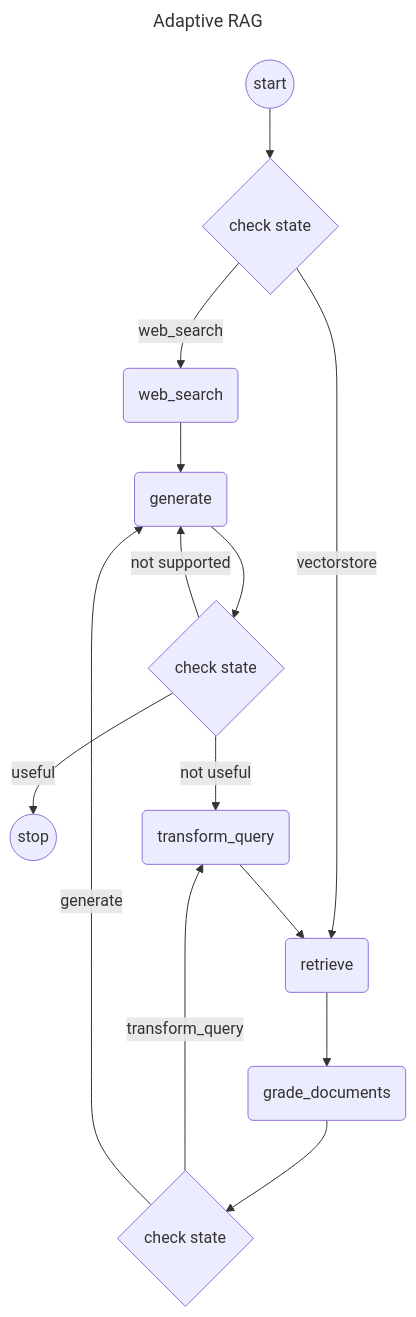
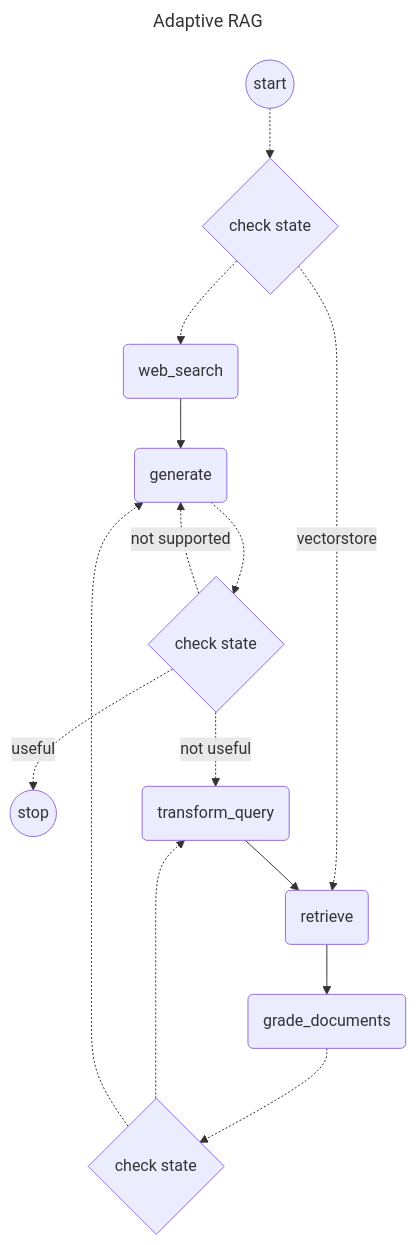
One commit to feuyeux/hello-langgraph changed the diagram in hello-langgraph-java/mermaid.md. Above: the diagram before and after it, drawn with Mermaid. The commit also changed 12 other files, not shown here.

````diff
--- a/hello-langgraph-java/mermaid.md
+++ b/hello-langgraph-java/mermaid.md
@@ -1,40 +1,40 @@
 ```mermaid
 ---
 title: Adaptive RAG
 ---
 flowchart TD
 	__START__((start))
 	__END__((stop))
 	web_search("web_search")
 	retrieve("retrieve")
 	generate("generate")
 	grade_documents("grade_documents")
 	transform_query("transform_query")
 	condition1{"check state"}
 	condition2{"check state"}
 	startcondition{"check state"}
-	__START__:::__START__ --> startcondition:::startcondition
-	startcondition:::startcondition -->|web_search| web_search:::web_search
-	%%	__START__:::__START__ -->|web_search| web_search:::web_search
-	startcondition:::startcondition -->|vectorstore| retrieve:::retrieve
-	%%	__START__:::__START__ -->|vectorstore| retrieve:::retrieve
+	__START__:::__START__ -.-> startcondition:::startcondition
+	startcondition:::startcondition -.-> web_search:::web_search
+	%%	__START__:::__START__ -.-> web_search:::web_search
+	startcondition:::startcondition -.->|vectorstore| retrieve:::retrieve
+	%%	__START__:::__START__ -.->|vectorstore| retrieve:::retrieve
 	web_search:::web_search --> generate:::generate
 	retrieve:::retrieve --> grade_documents:::grade_documents
-	generate:::generate --> condition1:::condition1
-	condition1:::condition1 -->|not supported| generate:::generate
-	%%	generate:::generate -->|not supported| generate:::generate
-	condition1:::condition1 -->|not useful| transform_query:::transform_query
-	%%	generate:::generate -->|not useful| transform_query:::transform_query
-	condition1:::condition1 -->|useful| __END__:::__END__
-	%%	generate:::generate -->|useful| __END__:::__END__
-	grade_documents:::grade_documents --> condition2:::condition2
-	condition2:::condition2 -->|transform_query| transform_query:::transform_query
-	%%	grade_documents:::grade_documents -->|transform_query| transform_query:::transform_query
-	condition2:::condition2 -->|generate| generate:::generate
-	%%	grade_documents:::grade_documents -->|generate| generate:::generate
+	generate:::generate -.-> condition1:::condition1
+	condition1:::condition1 -.->|not supported| generate:::generate
+	%%	generate:::generate -.->|not supported| generate:::generate
+	condition1:::condition1 -.->|not useful| transform_query:::transform_query
+	%%	generate:::generate -.->|not useful| transform_query:::transform_query
+	condition1:::condition1 -.->|useful| __END__:::__END__
+	%%	generate:::generate -.->|useful| __END__:::__END__
+	grade_documents:::grade_documents -.-> condition2:::condition2
+	condition2:::condition2 -.-> transform_query:::transform_query
+	%%	grade_documents:::grade_documents -.-> transform_query:::transform_query
+	condition2:::condition2 -.-> generate:::generate
+	%%	grade_documents:::grade_documents -.-> generate:::generate
 	transform_query:::transform_query --> retrieve:::retrieve
 
 	classDef ___START__ fill:black,stroke-width:1px,font-size:xx-small;
 	classDef ___END__ fill:black,stroke-width:1px,font-size:xx-small;
 
 ```
````
